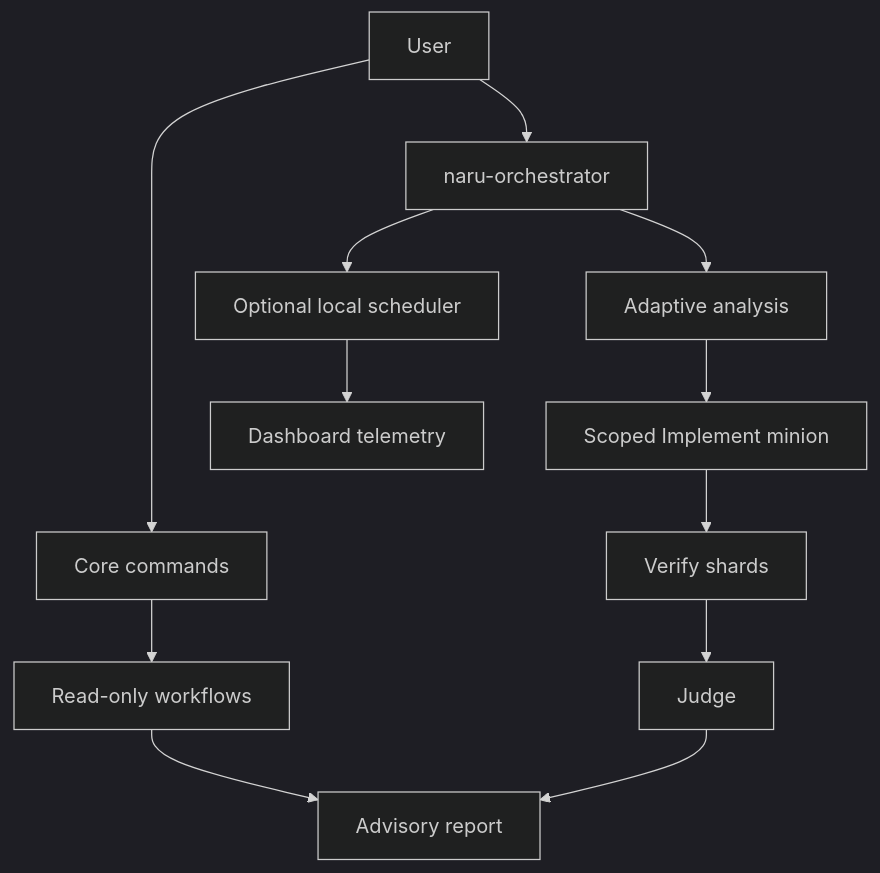
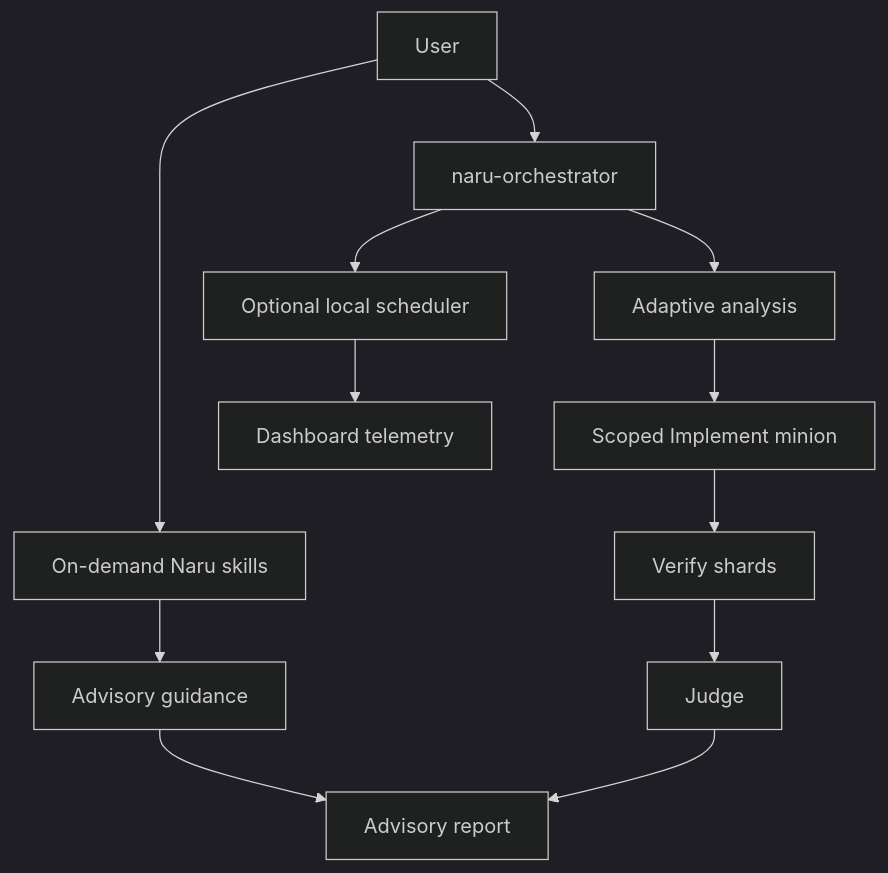
The diagram in docs/src/content/docs/index.mdx (sean35mm/naru-opencode), drawn with Mermaid (dark theme) before and after one commit. The commit also changed other lines of this file and 82 other files, not shown here.

Commit message:
feat: migrate workflows to native skills

````diff
--- a/docs/src/content/docs/index.mdx
+++ b/docs/src/content/docs/index.mdx
@@ -12,14 +12,14 @@
 ```mermaid
 flowchart TD
-  U[User] --> C[Core commands]
+  U[User] --> C[On-demand Naru skills]
   U --> O[naru-orchestrator]
-  C --> R[Read-only workflows]
+  C --> R[Advisory guidance]
   O --> A[Adaptive analysis]
   A --> I[Scoped Implement minion]
   I --> V[Verify shards]
   V --> J[Judge]
   O --> S[Optional local scheduler]
   S --> T[Dashboard telemetry]
   R --> G[Advisory report]
   J --> G
 ```
````
